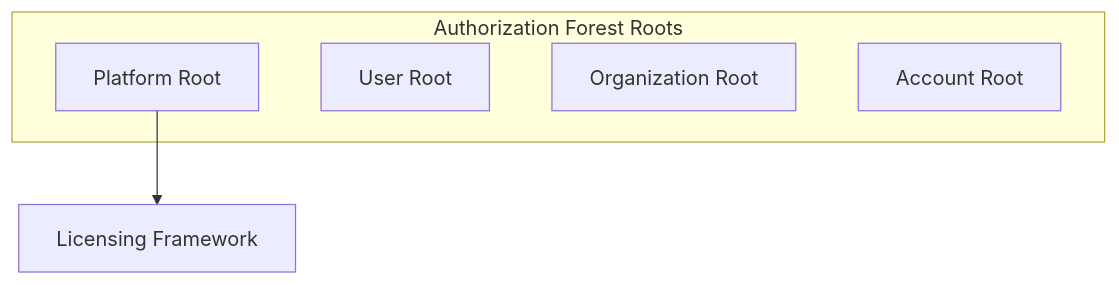
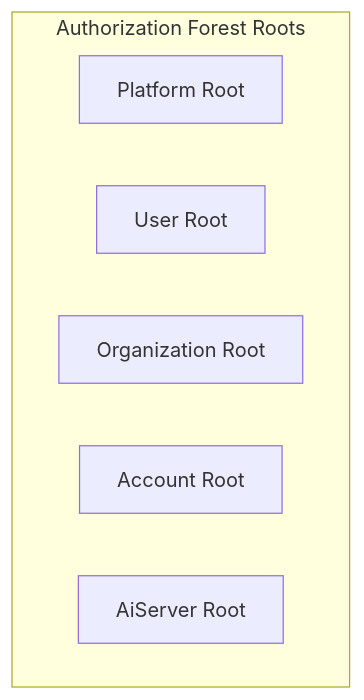
One commit to alkem-io/server changed diagram 11 of 11 in docs/credential-based-authorization.md. Above: the diagram before and after it, drawn with Mermaid. The commit also changed other lines of this file and 1 other file, not shown here.

````diff
--- a/docs/credential-based-authorization.md
+++ b/docs/credential-based-authorization.md
@@ -318,10 +324,10 @@
 ```mermaid
 graph TD
     subgraph "Authorization Forest Roots"
-        PlatformRoot[Platform Root];
-        UserRoot[User Root];
-        OrganizationRoot[Organization Root];
-        AccountRoot[Account Root];
+        PlatformRoot[Platform Root]
+        UserRoot[User Root]
+        OrganizationRoot[Organization Root]
+        AccountRoot[Account Root]
+        AiServerRoot[AiServer Root]
     end
-    PlatformRoot --> LicensingFrameworkBranch[Licensing Framework];
 ```
````
